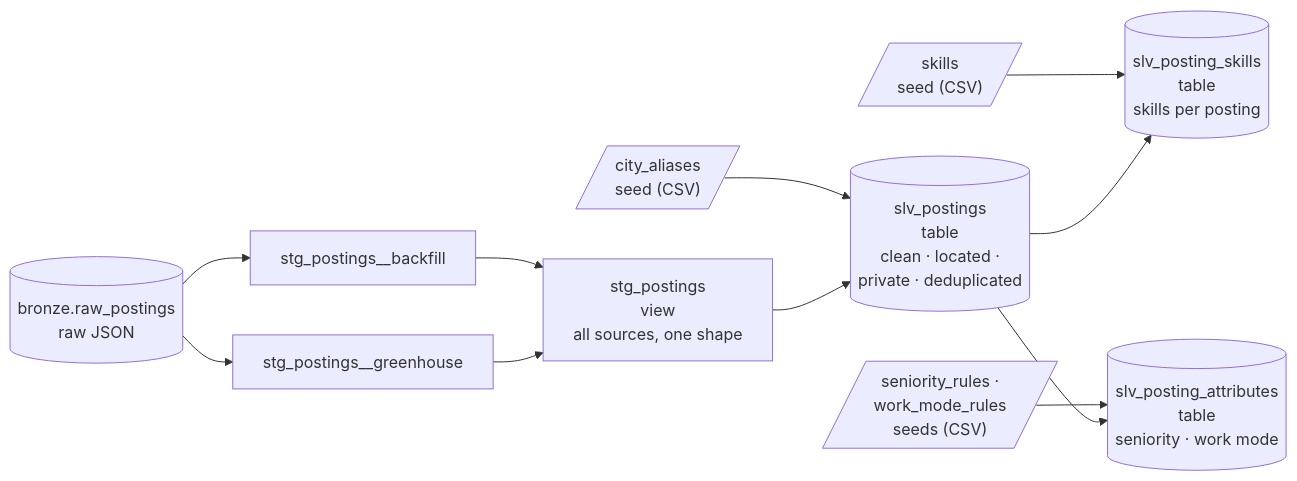
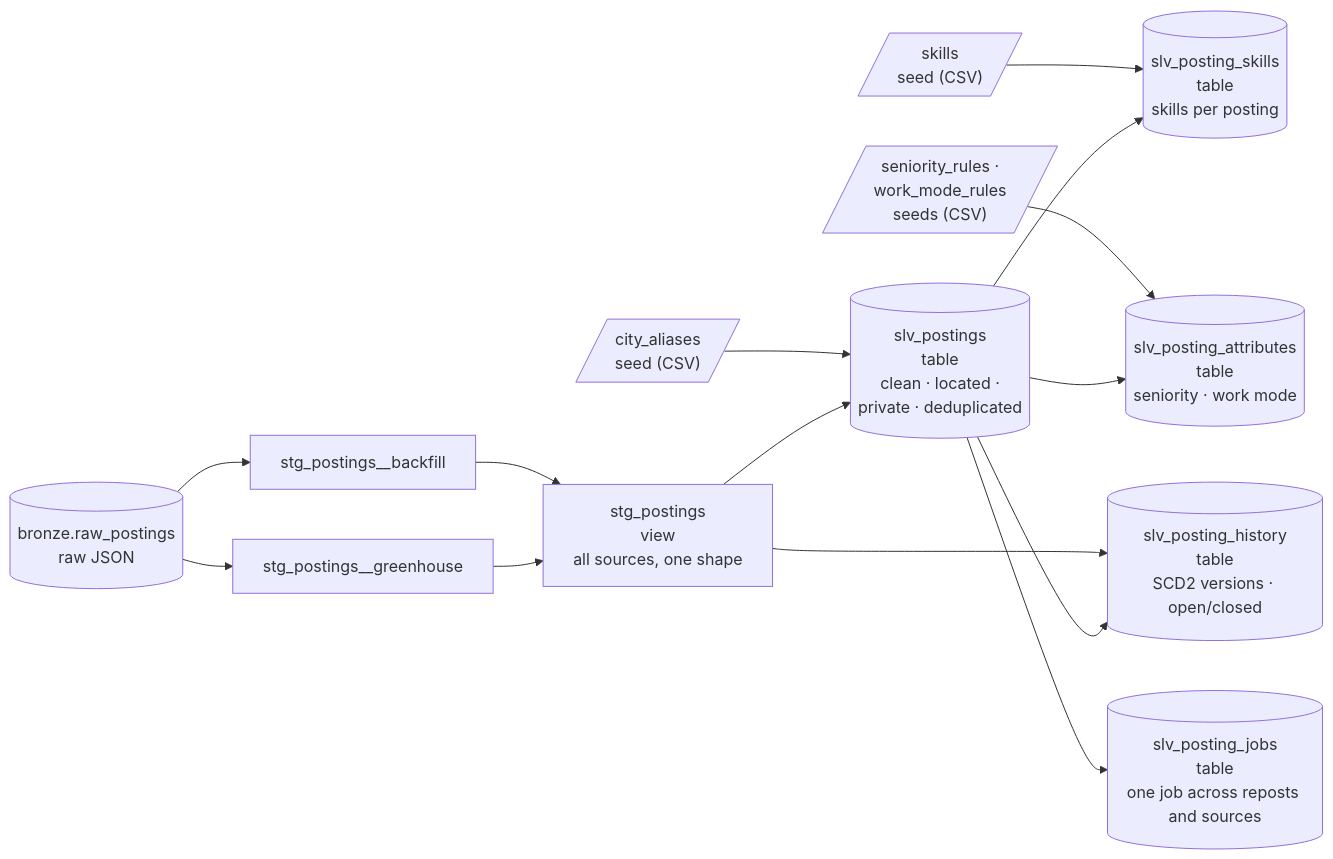
Before and after one commit to vvanurag/job-market-assistant: the diagram in docs/pipeline/silver.md, drawn with Mermaid. The commit also changed other lines of this file and 25 other files, not shown here.

First line of the commit message:
Complete Phase 2: remote roles, history, closed postings, cross-source jobs, dim_source

````diff
--- a/docs/pipeline/silver.md
+++ b/docs/pipeline/silver.md
@@ -15,11 +15,14 @@
 ```mermaid
 flowchart LR
     B[("bronze.raw_postings<br/>raw JSON")] --> S1["stg_postings__backfill"] & S2["stg_postings__greenhouse"]
     S1 & S2 --> S["stg_postings<br/>view<br/>all sources, one shape"]
     A[/"city_aliases<br/>seed (CSV)"/] --> P
     S --> P[("slv_postings<br/>table<br/>clean · located ·<br/>private · deduplicated")]
     K[/"skills<br/>seed (CSV)"/] --> PS
     P --> PS[("slv_posting_skills<br/>table<br/>skills per posting")]
     R[/"seniority_rules ·<br/>work_mode_rules<br/>seeds (CSV)"/] --> PA
     P --> PA[("slv_posting_attributes<br/>table<br/>seniority · work mode")]
+    S --> PH[("slv_posting_history<br/>table<br/>SCD2 versions · open/closed")]
+    P --> PH
+    P --> PJ[("slv_posting_jobs<br/>table<br/>one job across reposts and sources")]
 ```
````
